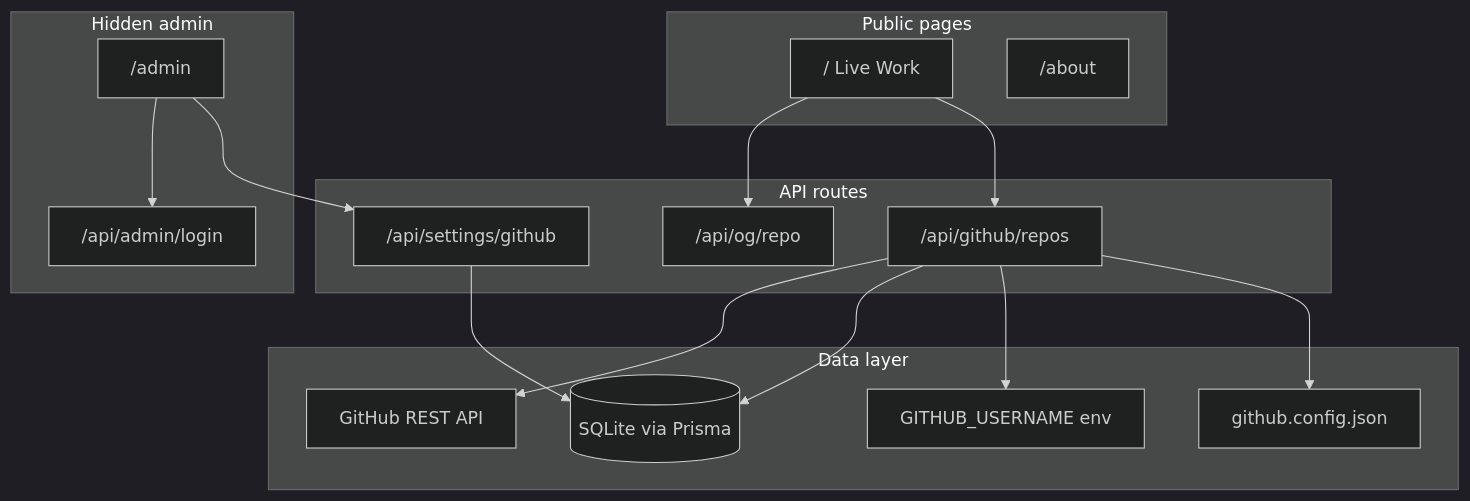
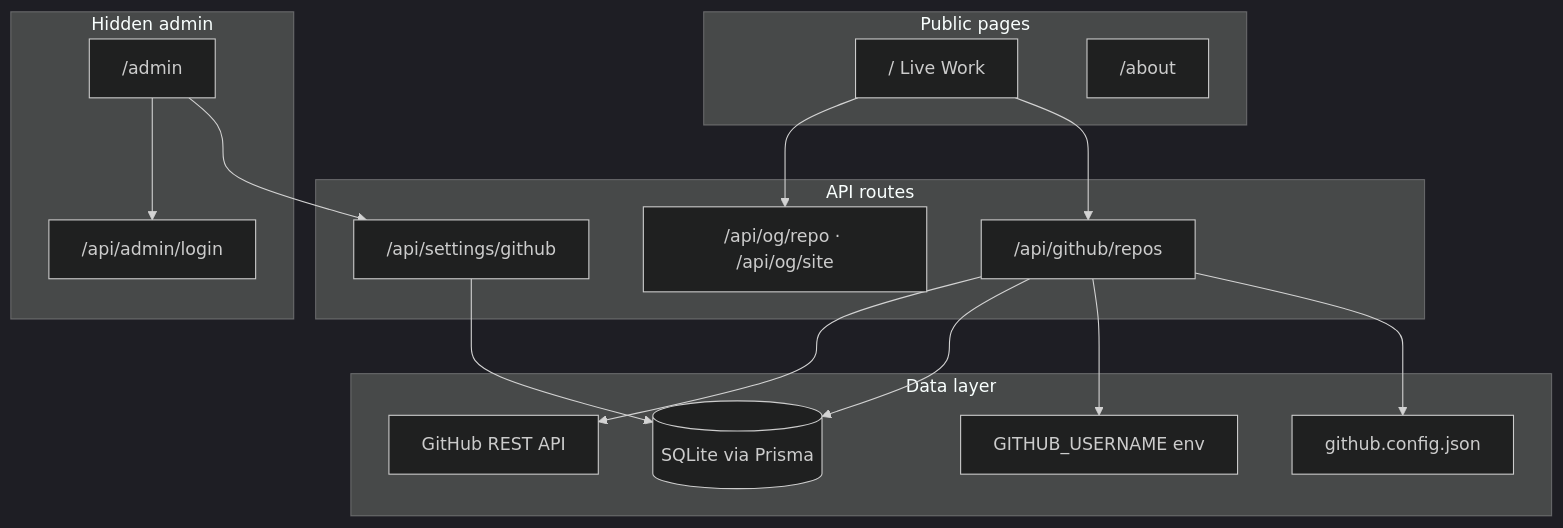
Before and after one commit to MitchelTurner/FlagShip: the diagram in README.md, drawn with Mermaid (dark theme). The commit also changed other lines of this file and 5 other files, not shown here.

First line of the commit message:
Match Other sites cover art to Live Work OG graphics

````diff
--- a/README.md
+++ b/README.md
@@ -54,35 +54,35 @@
 ```mermaid
 flowchart TB
   subgraph public [Public pages]
     Home["/  Live Work"]
     About["/about"]
   end
 
   subgraph api [API routes]
     GH["/api/github/repos"]
-    OG["/api/og/repo"]
+    OG["/api/og/repo · /api/og/site"]
     Settings["/api/settings/github"]
   end
 
   subgraph data [Data layer]
     Config["github.config.json"]
     Env["GITHUB_USERNAME env"]
     DB[(SQLite via Prisma)]
     GHA["GitHub REST API"]
   end
 
   subgraph admin [Hidden admin]
     Admin["/admin"]
     Login["/api/admin/login"]
   end
 
   Home --> GH
   GH --> Config
   GH --> Env
   GH --> DB
   GH --> GHA
   Home --> OG
   Admin --> Settings
   Admin --> Login
   Settings --> DB
 ```
````
